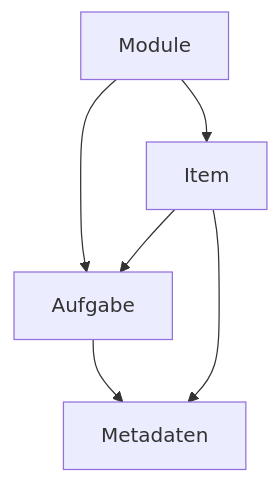
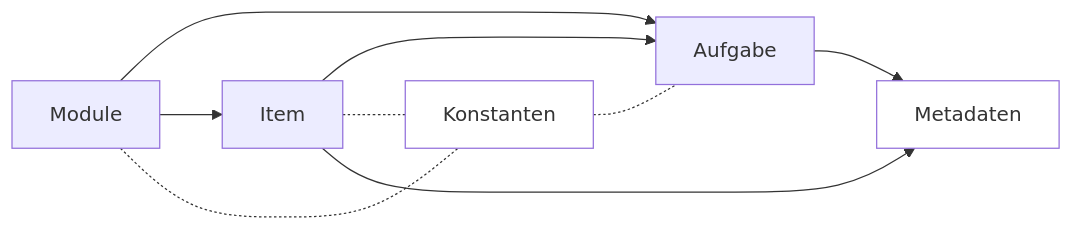
The diagram in intro/index.qmd (iqb-berlin/item-table), drawn with Mermaid before and after one commit. The commit also changed other lines of this file and 6 other files, not shown here.

````diff
--- a/intro/index.qmd
+++ b/intro/index.qmd
@@ -8,8 +17,13 @@
 ```{mermaid}
-flowchart TD
-    I[Item] --> A[Aufgabe]
+flowchart LR
+    S[Konstanten] -.- A[Aufgabe]
+    style S fill:white
+    I[Item] --> A
+    I -.- S
     A --> M[Metadaten]
+    style M fill:white
     I --> M
     D[Module] --> A
     D --> I
+    D -.- S
 ```
````
